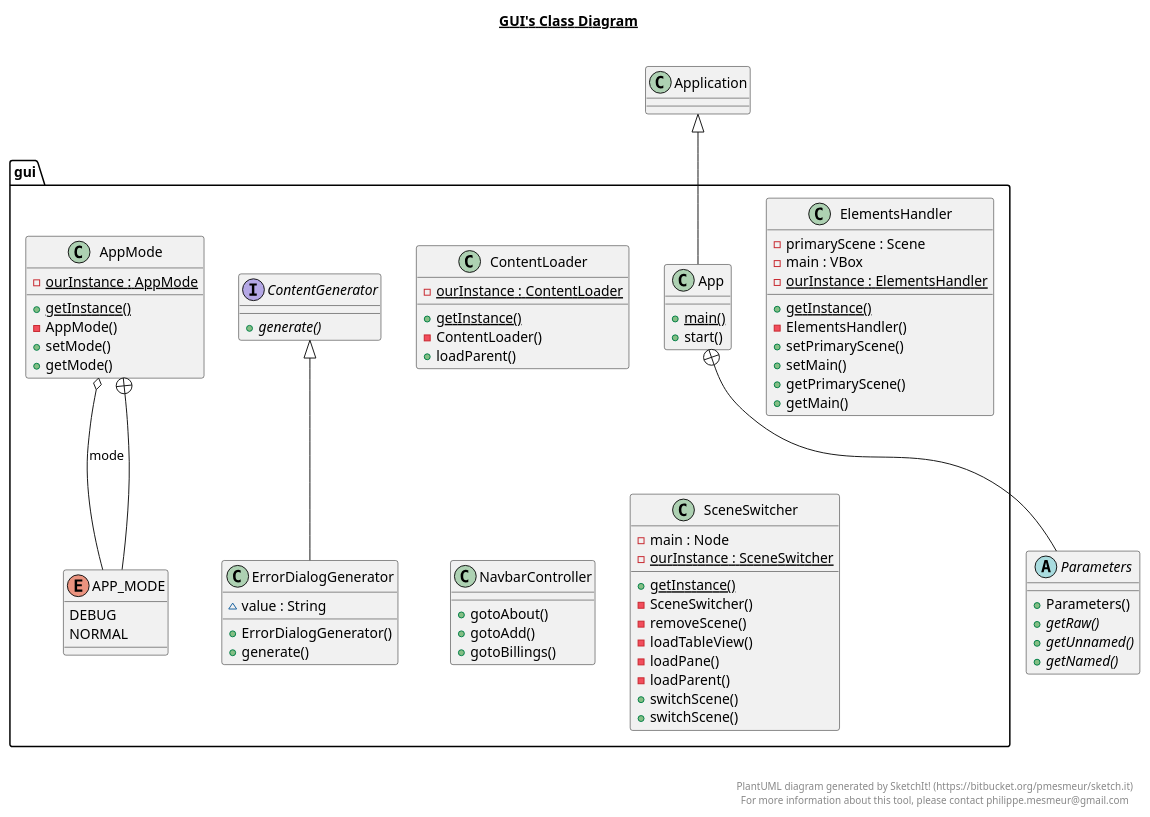
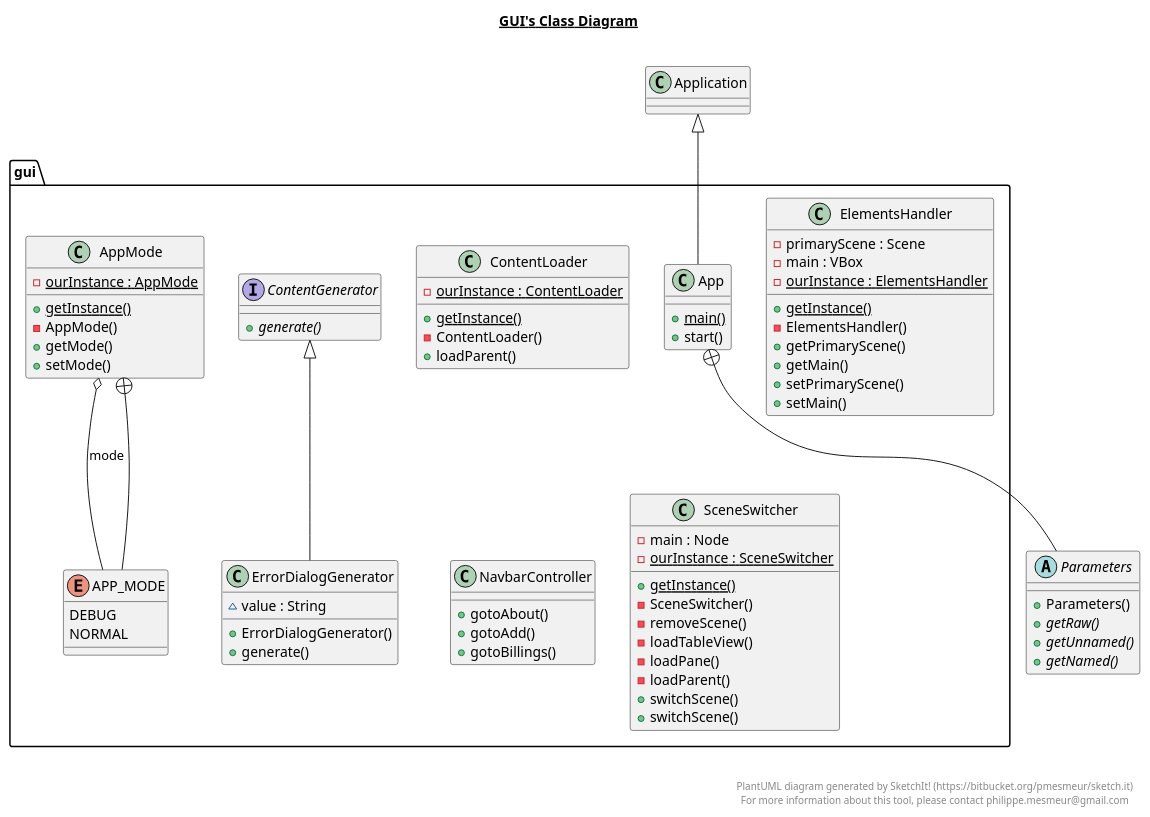
One commit to Dzordzu/BERP changed the diagram in src/main/java/gui/gui.plantuml. Above: the diagram before and after it, drawn with PlantUML. The commit also changed other lines of this file and 25 other files, not shown here.

Commit message:
Added UML graphs

```diff
--- a/src/main/java/gui/gui.plantuml
+++ b/src/main/java/gui/gui.plantuml
@@ -1,120 +1,120 @@
 @startuml
 
 title __GUI's Class Diagram__\n
 
   package gui {
     class App {
         {static} + main()
         + start()
     }
   }
   
 
   abstract class Parameters {
       + Parameters()
       {abstract} + getRaw()
       {abstract} + getUnnamed()
       {abstract} + getNamed()
   }
   
 
   package gui {
     class AppMode {
         {static} - ourInstance : AppMode
         {static} + getInstance()
         - AppMode()
+        + getMode()
         + setMode()
-        + getMode()
     }
   }
   
 
   package gui {
     enum APP_MODE {
       DEBUG
       NORMAL
     }
   }
   
 
   package gui {
     interface ContentGenerator {
         {abstract} + generate()
     }
   }
   
 
   package gui {
     class ContentLoader {
         {static} - ourInstance : ContentLoader
         {static} + getInstance()
         - ContentLoader()
         + loadParent()
     }
   }
   
 
   package gui {
     class ElementsHandler {
         - primaryScene : Scene
         - main : VBox
         {static} - ourInstance : ElementsHandler
         {static} + getInstance()
         - ElementsHandler()
+        + getPrimaryScene()
+        + getMain()
         + setPrimaryScene()
         + setMain()
-        + getPrimaryScene()
-        + getMain()
     }
   }
   
 
   package gui {
     class ErrorDialogGenerator {
         ~ value : String
         + ErrorDialogGenerator()
         + generate()
     }
   }
   
 
   package gui {
     class NavbarController {
         + gotoAbout()
         + gotoAdd()
         + gotoBillings()
     }
   }
   
 
   package gui {
     class SceneSwitcher {
         - main : Node
         {static} - ourInstance : SceneSwitcher
         {static} + getInstance()
         - SceneSwitcher()
         - removeScene()
         - loadTableView()
         - loadPane()
         - loadParent()
         + switchScene()
         + switchScene()
     }
   }
   
 
   App -up-|> Application
   App +-down- Parameters
   AppMode o-- APP_MODE : mode
   AppMode +-down- APP_MODE
   ErrorDialogGenerator -up-|> ContentGenerator
 
 
 right footer
 
 
 PlantUML diagram generated by SketchIt! (https://bitbucket.org/pmesmeur/sketch.it)
 For more information about this tool, please contact philippe.mesmeur@gmail.com
 endfooter
 
 @enduml
```
